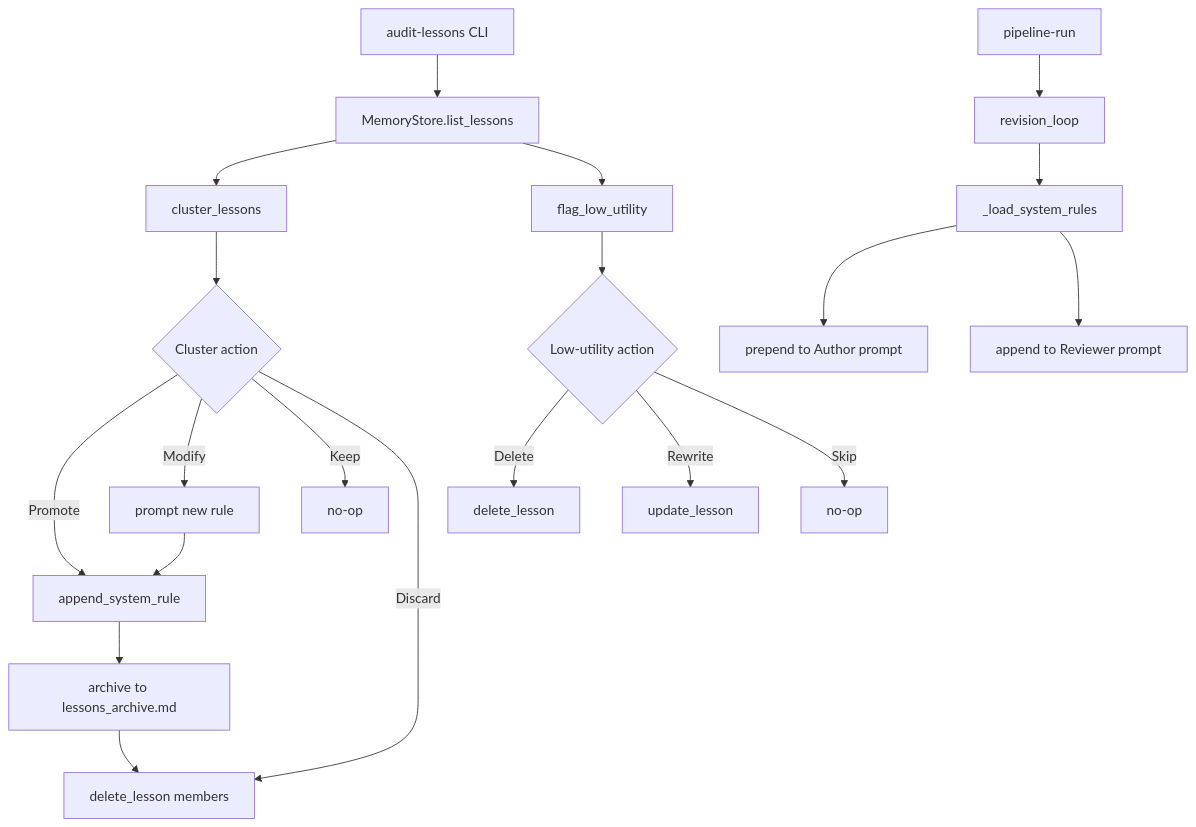
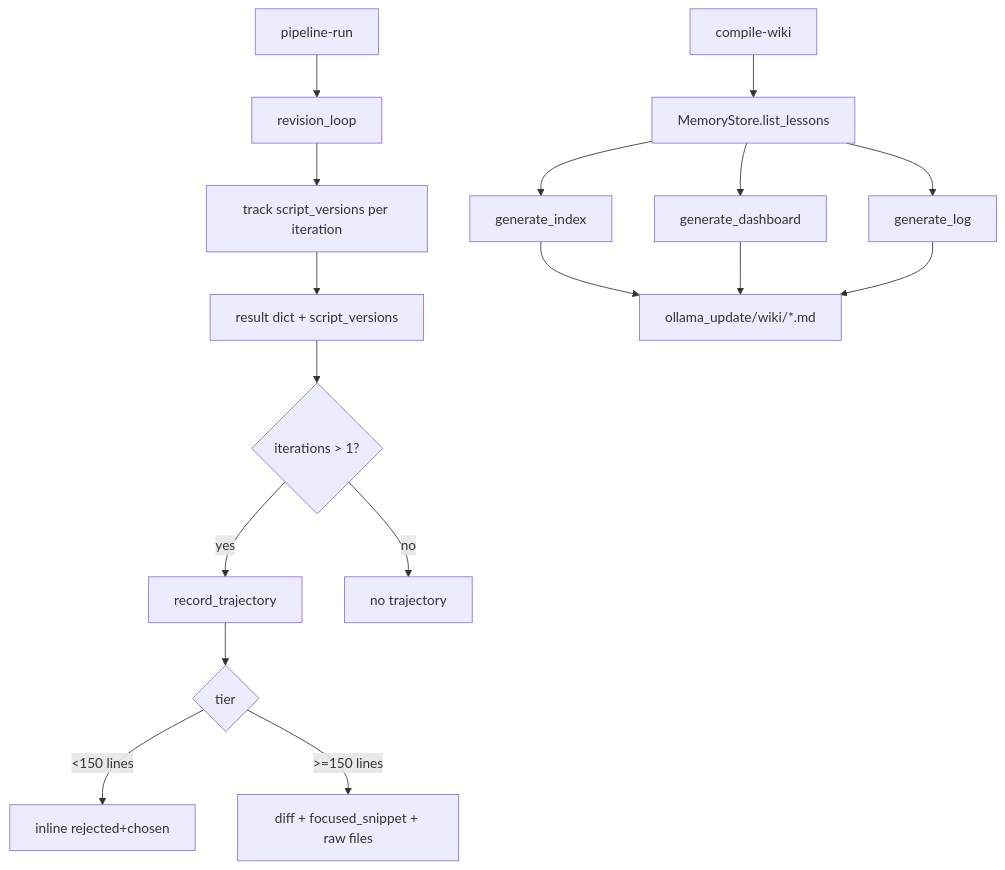
The diagram in plans/plan.md (gpanula/local-ai), drawn with Mermaid before and after one commit. The commit also changed other lines of this file and 14 other files, not shown here.

First line of the commit message:
✨ [memory]: add trajectory recording and wiki dashboard

````diff
--- a/plans/plan.md
+++ b/plans/plan.md
@@ -122,23 +125,20 @@
 ```mermaid
 flowchart TD
-    A[audit-lessons CLI] --> B[MemoryStore.list_lessons]
-    B --> C[cluster_lessons]
-    B --> D[flag_low_utility]
-    C --> E{Cluster action}
-    E -->|Promote| F[append_system_rule]
-    F --> G[archive to lessons_archive.md]
-    G --> H[delete_lesson members]
-    E -->|Modify| I[prompt new rule]
-    I --> F
-    E -->|Keep| J[no-op]
-    E -->|Discard| H
-    D --> K{Low-utility action}
-    K -->|Delete| L[delete_lesson]
-    K -->|Rewrite| M[update_lesson]
-    K -->|Skip| N[no-op]
+    P[pipeline-run] --> RL[revision_loop]
+    RL --> VT[track script_versions per iteration]
+    VT --> R[result dict + script_versions]
+    R --> TR{iterations > 1?}
+    TR -->|yes| REC[record_trajectory]
+    REC --> T{tier}
+    T -->|<150 lines| INLINE[inline rejected+chosen]
+    T -->|>=150 lines| DIFF[diff + focused_snippet + raw files]
+    TR -->|no| NOOP[no trajectory]
 
-    P[pipeline-run] --> Q[revision_loop]
-    Q --> R[_load_system_rules]
-    R --> S[prepend to Author prompt]
-    R --> T[append to Reviewer prompt]
+    CW[compile-wiki] --> LS[MemoryStore.list_lessons]
+    LS --> IDX[generate_index]
+    LS --> DASH[generate_dashboard]
+    LS --> LOG[generate_log]
+    IDX --> WIKI[ollama_update/wiki/*.md]
+    DASH --> WIKI
+    LOG --> WIKI
 ```
````
